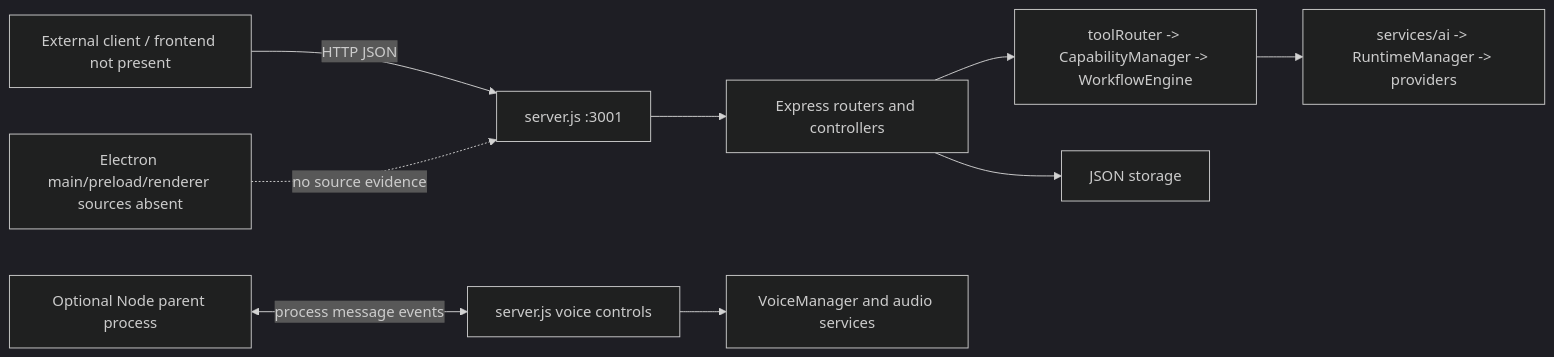
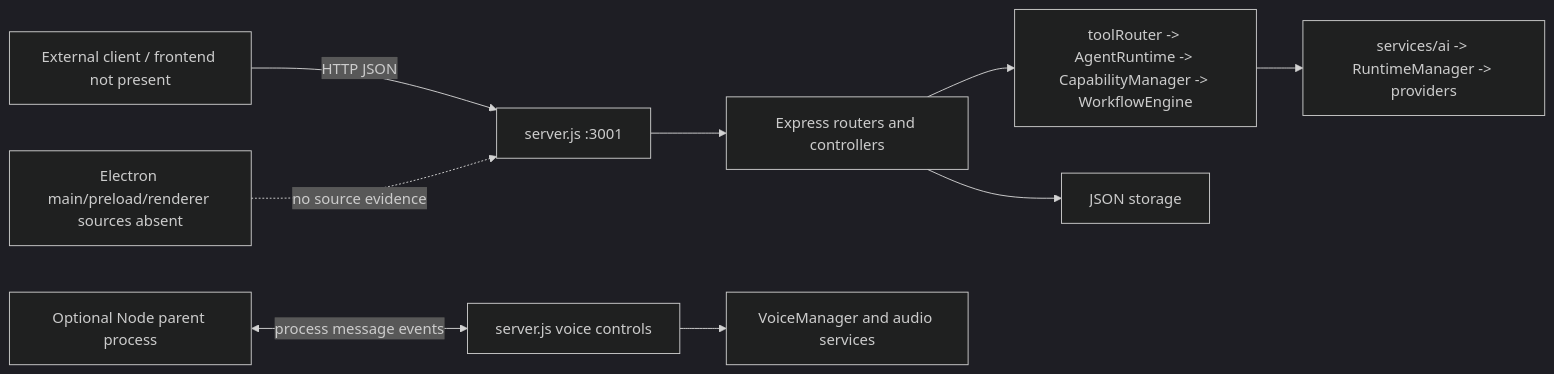
The diagram in docs/SAMGPT_API_AND_ELECTRON_INTEGRATION.md (sushanC/Agentic-Ai), drawn with Mermaid (dark theme) before and after one commit. The commit also changed other lines of this file and 46 other files, not shown here.

````diff
--- a/docs/SAMGPT_API_AND_ELECTRON_INTEGRATION.md
+++ b/docs/SAMGPT_API_AND_ELECTRON_INTEGRATION.md
@@ -39,11 +39,11 @@
 ```mermaid
 flowchart LR
   Client[External client / frontend not present] -->|HTTP JSON| Express[server.js :3001]
   Express --> Routes[Express routers and controllers]
-  Routes --> Chat[toolRouter -> CapabilityManager -> WorkflowEngine]
+  Routes --> Chat[toolRouter -> AgentRuntime -> CapabilityManager -> WorkflowEngine]
   Chat --> Runtime[services/ai -> RuntimeManager -> providers]
   Routes --> JSON[JSON storage]
   Parent[Optional Node parent process] <-->|process message events| Server[server.js voice controls]
   Server --> Voice[VoiceManager and audio services]
   Electron[Electron main/preload/renderer sources absent] -. no source evidence .-> Express
 ```
````
